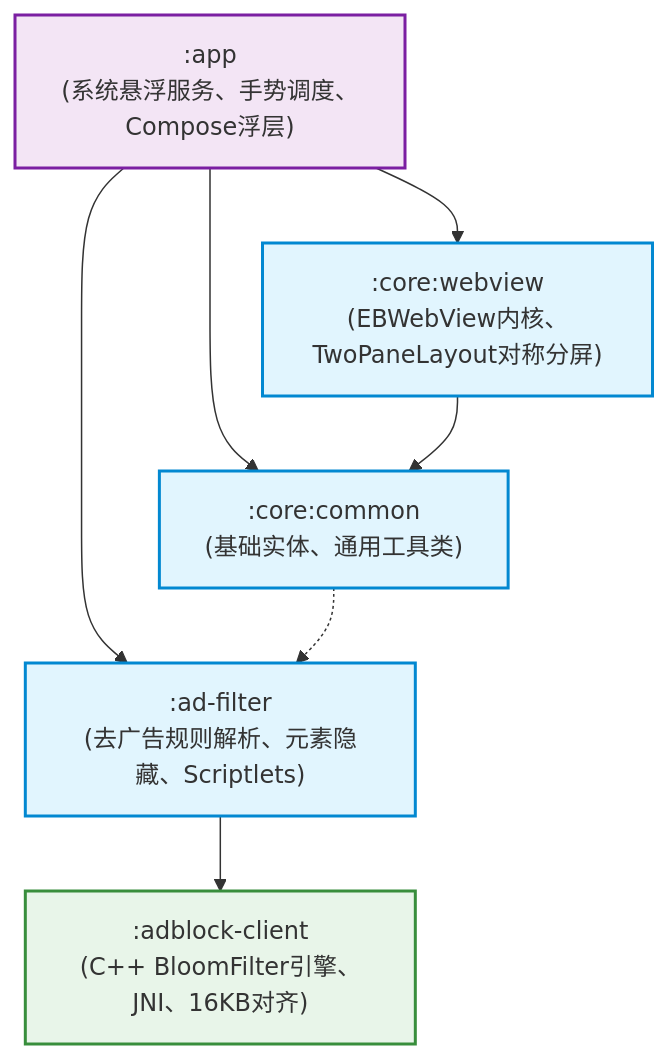
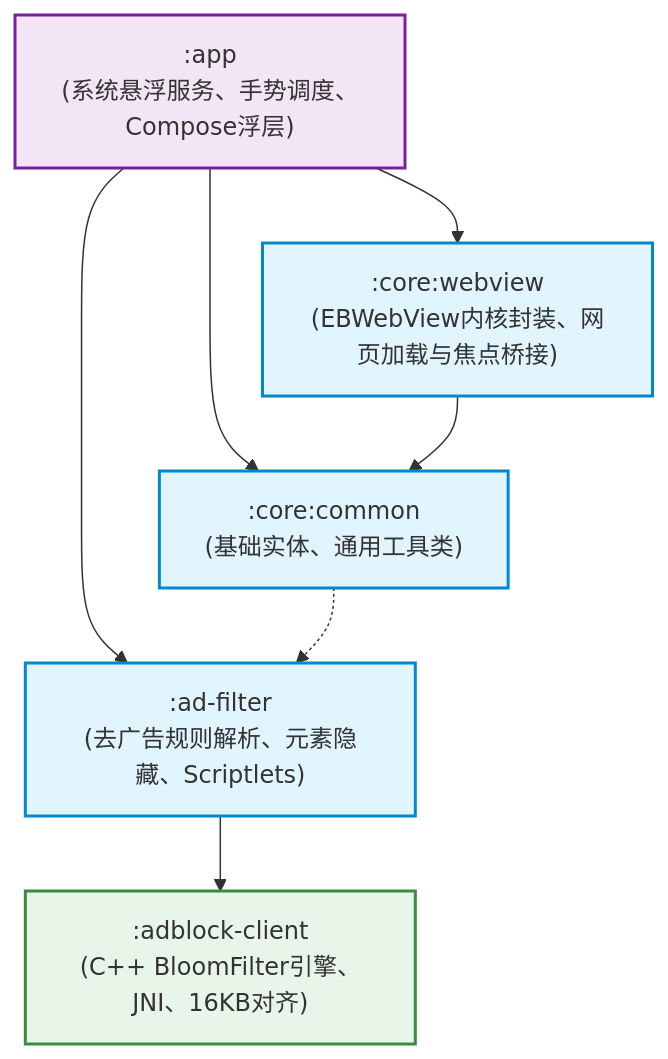
The diagram in docs/ARCHITECTURE.md (gxwane/floatbro), drawn with Mermaid before and after one commit. The commit also changed other lines of this file and 8 other files, not shown here.

````diff
--- a/docs/ARCHITECTURE.md
+++ b/docs/ARCHITECTURE.md
@@ -11,24 +11,24 @@
 ```mermaid
 graph TD
     App[":app<br>(系统悬浮服务、手势调度、Compose浮层)"]
-    WebView[":core:webview<br>(EBWebView内核、TwoPaneLayout对称分屏)"]
+    WebView[":core:webview<br>(EBWebView内核封装、网页加载与焦点桥接)"]
     AdFilter[":ad-filter<br>(去广告规则解析、元素隐藏、Scriptlets)"]
     Common[":core:common<br>(基础实体、通用工具类)"]
     AdBlockClient[":adblock-client<br>(C++ BloomFilter引擎、JNI、16KB对齐)"]
 
     App --> WebView
     App --> AdFilter
     App --> Common
 
     WebView --> Common
     AdFilter --> AdBlockClient
     Common -.-> AdFilter
 
     classDef core fill:#e1f5fe,stroke:#0288d1,stroke-width:2px;
     classDef native fill:#e8f5e9,stroke:#388e3c,stroke-width:2px;
     classDef app fill:#f3e5f5,stroke:#7b1fa2,stroke-width:2px;
 
     class App app;
     class WebView,Common,AdFilter core;
     class AdBlockClient native;
 ```
````
